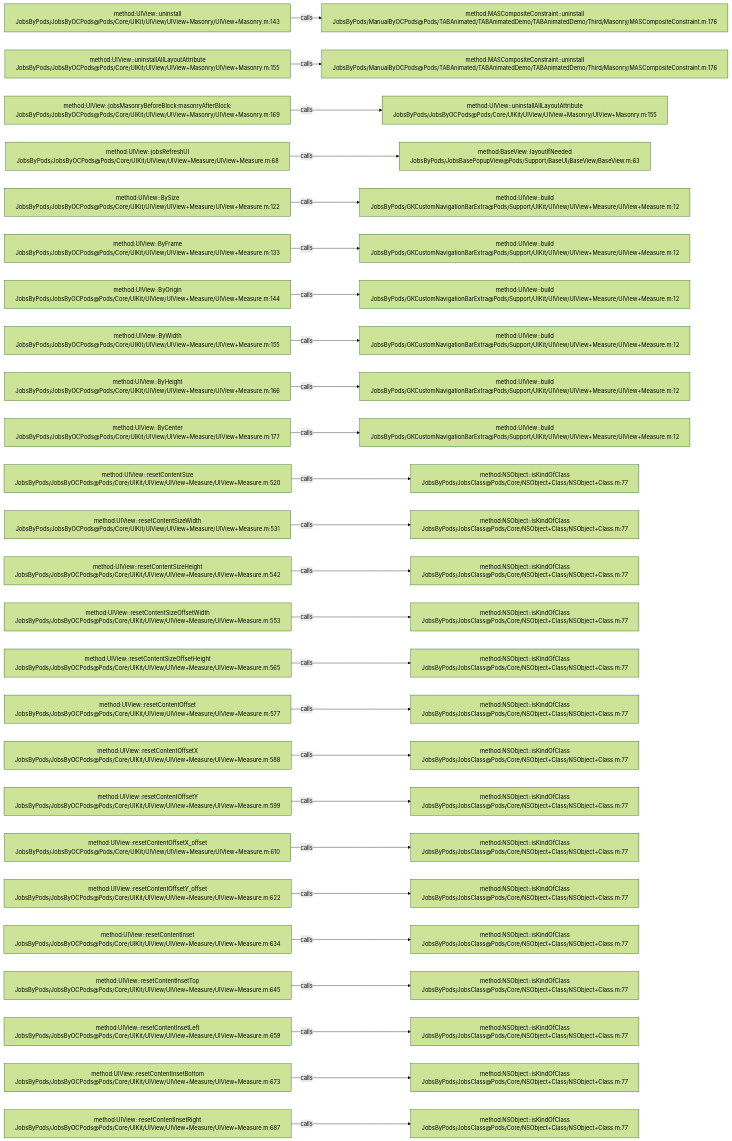
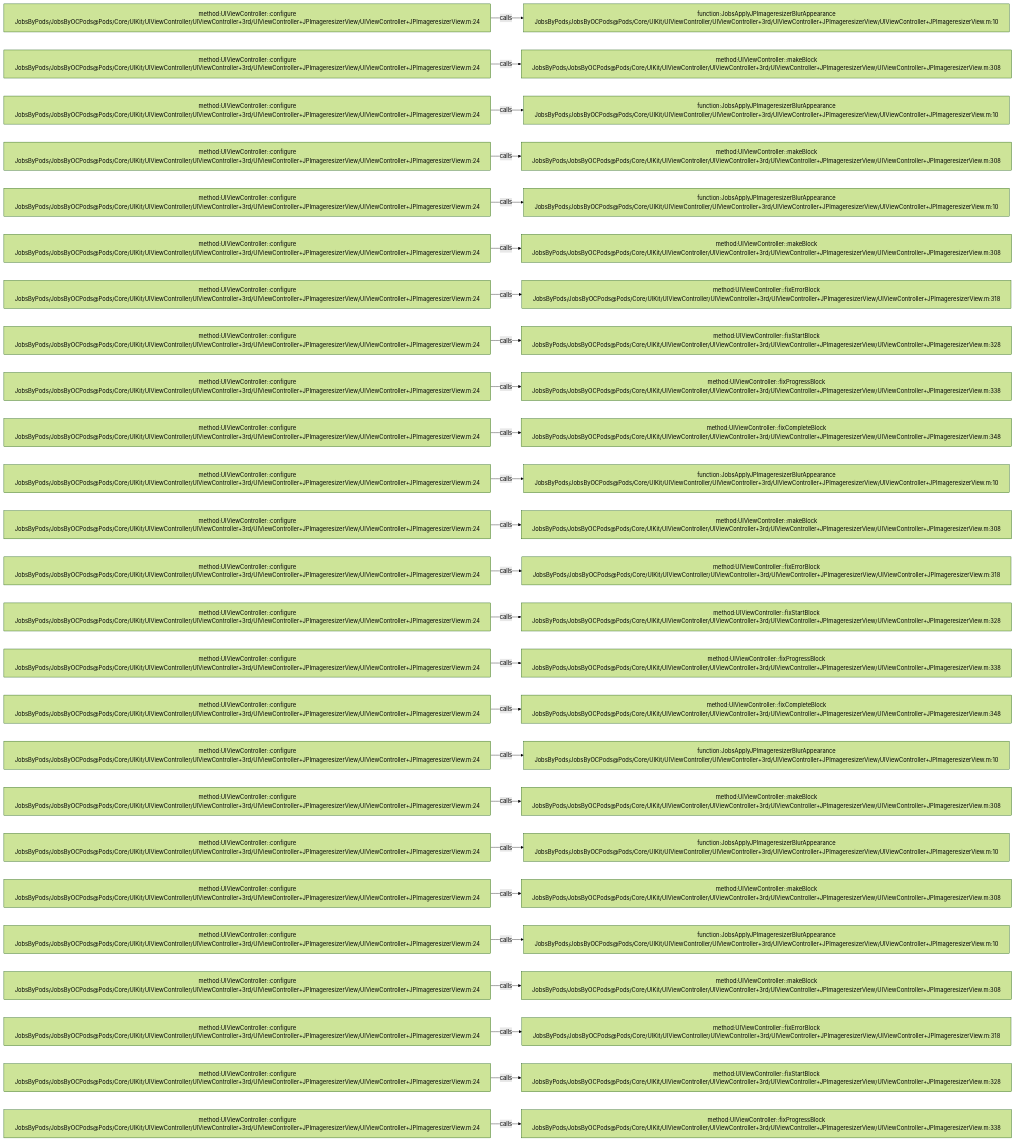
One commit to JobsKits/JobsOCBaseConfigDemo changed the diagram in .codegraph/codegraph.md/graphs/calls-068.md. Above: the diagram before and after it, drawn with Mermaid (forest theme). The commit also changed 639 other files, not shown here.

````diff
--- a/.codegraph/codegraph.md/graphs/calls-068.md
+++ b/.codegraph/codegraph.md/graphs/calls-068.md
@@ -13,78 +13,78 @@
 ```mermaid
 flowchart LR
-  S1["method:UIView::uninstall<br/>JobsByPods/JobsByOCPods@Pods/Core/UIKit/UIView/UIView+Masonry/UIView+Masonry.m:143"]
-  T1["method:MASCompositeConstraint::uninstall<br/>JobsByPods/ManualByOCPods@Pods/TABAnimated/TABAnimatedDemo/TABAnimatedDemo/Third/Masonry/MASCompositeConstraint.m:176"]
+  S1["method:UIViewController::configure<br/>JobsByPods/JobsByOCPods@Pods/Core/UIKit/UIViewController/UIViewController+3rd/UIViewController+JPImageresizerView/UIViewController+JPImageresizerView.m:24"]
+  T1["function:JobsApplyJPImageresizerBlurAppearance<br/>JobsByPods/JobsByOCPods@Pods/Core/UIKit/UIViewController/UIViewController+3rd/UIViewController+JPImageresizerView/UIViewController+JPImageresizerView.m:10"]
   S1 -->|calls| T1
-  S2["method:UIView::uninstallAllLayoutAttribute<br/>JobsByPods/JobsByOCPods@Pods/Core/UIKit/UIView/UIView+Masonry/UIView+Masonry.m:155"]
-  T2["method:MASCompositeConstraint::uninstall<br/>JobsByPods/ManualByOCPods@Pods/TABAnimated/TABAnimatedDemo/TABAnimatedDemo/Third/Masonry/MASCompositeConstraint.m:176"]
+  S2["method:UIViewController::configure<br/>JobsByPods/JobsByOCPods@Pods/Core/UIKit/UIViewController/UIViewController+3rd/UIViewController+JPImageresizerView/UIViewController+JPImageresizerView.m:24"]
+  T2["method:UIViewController::makeBlock<br/>JobsByPods/JobsByOCPods@Pods/Core/UIKit/UIViewController/UIViewController+3rd/UIViewController+JPImageresizerView/UIViewController+JPImageresizerView.m:308"]
   S2 -->|calls| T2
-  S3["method:UIView::jobsMasonryBeforeBlock:masonryAfterBlock:<br/>JobsByPods/JobsByOCPods@Pods/Core/UIKit/UIView/UIView+Masonry/UIView+Masonry.m:169"]
-  T3["method:UIView::uninstallAllLayoutAttribute<br/>JobsByPods/JobsByOCPods@Pods/Core/UIKit/UIView/UIView+Masonry/UIView+Masonry.m:155"]
+  S3["method:UIViewController::configure<br/>JobsByPods/JobsByOCPods@Pods/Core/UIKit/UIViewController/UIViewController+3rd/UIViewController+JPImageresizerView/UIViewController+JPImageresizerView.m:24"]
+  T3["function:JobsApplyJPImageresizerBlurAppearance<br/>JobsByPods/JobsByOCPods@Pods/Core/UIKit/UIViewController/UIViewController+3rd/UIViewController+JPImageresizerView/UIViewController+JPImageresizerView.m:10"]
   S3 -->|calls| T3
-  S4["method:UIView::jobsRefreshUI<br/>JobsByPods/JobsByOCPods@Pods/Core/UIKit/UIView/UIView+Measure/UIView+Measure.m:68"]
-  T4["method:BaseView::layoutIfNeeded<br/>JobsByPods/JobsBasePopupView@Pods/Support/BaseUI/BaseView/BaseView.m:63"]
+  S4["method:UIViewController::configure<br/>JobsByPods/JobsByOCPods@Pods/Core/UIKit/UIViewController/UIViewController+3rd/UIViewController+JPImageresizerView/UIViewController+JPImageresizerView.m:24"]
+  T4["method:UIViewController::makeBlock<br/>JobsByPods/JobsByOCPods@Pods/Core/UIKit/UIViewController/UIViewController+3rd/UIViewController+JPImageresizerView/UIViewController+JPImageresizerView.m:308"]
   S4 -->|calls| T4
-  S5["method:UIView::BySize<br/>JobsByPods/JobsByOCPods@Pods/Core/UIKit/UIView/UIView+Measure/UIView+Measure.m:122"]
-  T5["method:UIView::build<br/>JobsByPods/GKCustomNavigationBarExtra@Pods/Support/UIKit/UIView/UIView+Measure/UIView+Measure.m:12"]
+  S5["method:UIViewController::configure<br/>JobsByPods/JobsByOCPods@Pods/Core/UIKit/UIViewController/UIViewController+3rd/UIViewController+JPImageresizerView/UIViewController+JPImageresizerView.m:24"]
+  T5["function:JobsApplyJPImageresizerBlurAppearance<br/>JobsByPods/JobsByOCPods@Pods/Core/UIKit/UIViewController/UIViewController+3rd/UIViewController+JPImageresizerView/UIViewController+JPImageresizerView.m:10"]
   S5 -->|calls| T5
-  S6["method:UIView::ByFrame<br/>JobsByPods/JobsByOCPods@Pods/Core/UIKit/UIView/UIView+Measure/UIView+Measure.m:133"]
-  T6["method:UIView::build<br/>JobsByPods/GKCustomNavigationBarExtra@Pods/Support/UIKit/UIView/UIView+Measure/UIView+Measure.m:12"]
+  S6["method:UIViewController::configure<br/>JobsByPods/JobsByOCPods@Pods/Core/UIKit/UIViewController/UIViewController+3rd/UIViewController+JPImageresizerView/UIViewController+JPImageresizerView.m:24"]
+  T6["method:UIViewController::makeBlock<br/>JobsByPods/JobsByOCPods@Pods/Core/UIKit/UIViewController/UIViewController+3rd/UIViewController+JPImageresizerView/UIViewController+JPImageresizerView.m:308"]
   S6 -->|calls| T6
-  S7["method:UIView::ByOrigin<br/>JobsByPods/JobsByOCPods@Pods/Core/UIKit/UIView/UIView+Measure/UIView+Measure.m:144"]
-  T7["method:UIView::build<br/>JobsByPods/GKCustomNavigationBarExtra@Pods/Support/UIKit/UIView/UIView+Measure/UIView+Measure.m:12"]
+  S7["method:UIViewController::configure<br/>JobsByPods/JobsByOCPods@Pods/Core/UIKit/UIViewController/UIViewController+3rd/UIViewController+JPImageresizerView/UIViewController+JPImageresizerView.m:24"]
+  T7["method:UIViewController::fixErrorBlock<br/>JobsByPods/JobsByOCPods@Pods/Core/UIKit/UIViewController/UIViewController+3rd/UIViewController+JPImageresizerView/UIViewController+JPImageresizerView.m:318"]
   S7 -->|calls| T7
-  S8["method:UIView::ByWidth<br/>JobsByPods/JobsByOCPods@Pods/Core/UIKit/UIView/UIView+Measure/UIView+Measure.m:155"]
-  T8["method:UIView::build<br/>JobsByPods/GKCustomNavigationBarExtra@Pods/Support/UIKit/UIView/UIView+Measure/UIView+Measure.m:12"]
+  S8["method:UIViewController::configure<br/>JobsByPods/JobsByOCPods@Pods/Core/UIKit/UIViewController/UIViewController+3rd/UIViewController+JPImageresizerView/UIViewController+JPImageresizerView.m:24"]
+  T8["method:UIViewController::fixStartBlock<br/>JobsByPods/JobsByOCPods@Pods/Core/UIKit/UIViewController/UIViewController+3rd/UIViewController+JPImageresizerView/UIViewController+JPImageresizerView.m:328"]
   S8 -->|calls| T8
-  S9["method:UIView::ByHeight<br/>JobsByPods/JobsByOCPods@Pods/Core/UIKit/UIView/UIView+Measure/UIView+Measure.m:166"]
-  T9["method:UIView::build<br/>JobsByPods/GKCustomNavigationBarExtra@Pods/Support/UIKit/UIView/UIView+Measure/UIView+Measure.m:12"]
+  S9["method:UIViewController::configure<br/>JobsByPods/JobsByOCPods@Pods/Core/UIKit/UIViewController/UIViewController+3rd/UIViewController+JPImageresizerView/UIViewController+JPImageresizerView.m:24"]
+  T9["method:UIViewController::fixProgressBlock<br/>JobsByPods/JobsByOCPods@Pods/Core/UIKit/UIViewController/UIViewController+3rd/UIViewController+JPImageresizerView/UIViewController+JPImageresizerView.m:338"]
   S9 -->|calls| T9
-  S10["method:UIView::ByCenter<br/>JobsByPods/JobsByOCPods@Pods/Core/UIKit/UIView/UIView+Measure/UIView+Measure.m:177"]
-  T10["method:UIView::build<br/>JobsByPods/GKCustomNavigationBarExtra@Pods/Support/UIKit/UIView/UIView+Measure/UIView+Measure.m:12"]
+  S10["method:UIViewController::configure<br/>JobsByPods/JobsByOCPods@Pods/Core/UIKit/UIViewController/UIViewController+3rd/UIViewController+JPImageresizerView/UIViewController+JPImageresizerView.m:24"]
+  T10["method:UIViewController::fixCompleteBlock<br/>JobsByPods/JobsByOCPods@Pods/Core/UIKit/UIViewController/UIViewController+3rd/UIViewController+JPImageresizerView/UIViewController+JPImageresizerView.m:348"]
   S10 -->|calls| T10
-  S11["method:UIView::resetContentSize<br/>JobsByPods/JobsByOCPods@Pods/Core/UIKit/UIView/UIView+Measure/UIView+Measure.m:520"]
-  T11["method:NSObject::isKindOfClass<br/>JobsByPods/JobsClass@Pods/Core/NSObject+Class/NSObject+Class.m:77"]
+  S11["method:UIViewController::configure<br/>JobsByPods/JobsByOCPods@Pods/Core/UIKit/UIViewController/UIViewController+3rd/UIViewController+JPImageresizerView/UIViewController+JPImageresizerView.m:24"]
+  T11["function:JobsApplyJPImageresizerBlurAppearance<br/>JobsByPods/JobsByOCPods@Pods/Core/UIKit/UIViewController/UIViewController+3rd/UIViewController+JPImageresizerView/UIViewController+JPImageresizerView.m:10"]
   S11 -->|calls| T11
-  S12["method:UIView::resetContentSizeWidth<br/>JobsByPods/JobsByOCPods@Pods/Core/UIKit/UIView/UIView+Measure/UIView+Measure.m:531"]
-  T12["method:NSObject::isKindOfClass<br/>JobsByPods/JobsClass@Pods/Core/NSObject+Class/NSObject+Class.m:77"]
+  S12["method:UIViewController::configure<br/>JobsByPods/JobsByOCPods@Pods/Core/UIKit/UIViewController/UIViewController+3rd/UIViewController+JPImageresizerView/UIViewController+JPImageresizerView.m:24"]
+  T12["method:UIViewController::makeBlock<br/>JobsByPods/JobsByOCPods@Pods/Core/UIKit/UIViewController/UIViewController+3rd/UIViewController+JPImageresizerView/UIViewController+JPImageresizerView.m:308"]
   S12 -->|calls| T12
-  S13["method:UIView::resetContentSizeHeight<br/>JobsByPods/JobsByOCPods@Pods/Core/UIKit/UIView/UIView+Measure/UIView+Measure.m:542"]
-  T13["method:NSObject::isKindOfClass<br/>JobsByPods/JobsClass@Pods/Core/NSObject+Class/NSObject+Class.m:77"]
+  S13["method:UIViewController::configure<br/>JobsByPods/JobsByOCPods@Pods/Core/UIKit/UIViewController/UIViewController+3rd/UIViewController+JPImageresizerView/UIViewController+JPImageresizerView.m:24"]
+  T13["method:UIViewController::fixErrorBlock<br/>JobsByPods/JobsByOCPods@Pods/Core/UIKit/UIViewController/UIViewController+3rd/UIViewController+JPImageresizerView/UIViewController+JPImageresizerView.m:318"]
   S13 -->|calls| T13
-  S14["method:UIView::resetContentSizeOffsetWidth<br/>JobsByPods/JobsByOCPods@Pods/Core/UIKit/UIView/UIView+Measure/UIView+Measure.m:553"]
-  T14["method:NSObject::isKindOfClass<br/>JobsByPods/JobsClass@Pods/Core/NSObject+Class/NSObject+Class.m:77"]
+  S14["method:UIViewController::configure<br/>JobsByPods/JobsByOCPods@Pods/Core/UIKit/UIViewController/UIViewController+3rd/UIViewController+JPImageresizerView/UIViewController+JPImageresizerView.m:24"]
+  T14["method:UIViewController::fixStartBlock<br/>JobsByPods/JobsByOCPods@Pods/Core/UIKit/UIViewController/UIViewController+3rd/UIViewController+JPImageresizerView/UIViewController+JPImageresizerView.m:328"]
   S14 -->|calls| T14
-  S15["method:UIView::resetContentSizeOffsetHeight<br/>JobsByPods/JobsByOCPods@Pods/Core/UIKit/UIView/UIView+Measure/UIView+Measure.m:565"]
-  T15["method:NSObject::isKindOfClass<br/>JobsByPods/JobsClass@Pods/Core/NSObject+Class/NSObject+Class.m:77"]
+  S15["method:UIViewController::configure<br/>JobsByPods/JobsByOCPods@Pods/Core/UIKit/UIViewController/UIViewController+3rd/UIViewController+JPImageresizerView/UIViewController+JPImageresizerView.m:24"]
+  T15["method:UIViewController::fixProgressBlock<br/>JobsByPods/JobsByOCPods@Pods/Core/UIKit/UIViewController/UIViewController+3rd/UIViewController+JPImageresizerView/UIViewController+JPImageresizerView.m:338"]
   S15 -->|calls| T15
-  S16["method:UIView::resetContentOffset<br/>JobsByPods/JobsByOCPods@Pods/Core/UIKit/UIView/UIView+Measure/UIView+Measure.m:577"]
-  T16["method:NSObject::isKindOfClass<br/>JobsByPods/JobsClass@Pods/Core/NSObject+Class/NSObject+Class.m:77"]
+  S16["method:UIViewController::configure<br/>JobsByPods/JobsByOCPods@Pods/Core/UIKit/UIViewController/UIViewController+3rd/UIViewController+JPImageresizerView/UIViewController+JPImageresizerView.m:24"]
+  T16["method:UIViewController::fixCompleteBlock<br/>JobsByPods/JobsByOCPods@Pods/Core/UIKit/UIViewController/UIViewController+3rd/UIViewController+JPImageresizerView/UIViewController+JPImageresizerView.m:348"]
   S16 -->|calls| T16
-  S17["method:UIView::resetContentOffsetX<br/>JobsByPods/JobsByOCPods@Pods/Core/UIKit/UIView/UIView+Measure/UIView+Measure.m:588"]
-  T17["method:NSObject::isKindOfClass<br/>JobsByPods/JobsClass@Pods/Core/NSObject+Class/NSObject+Class.m:77"]
+  S17["method:UIViewController::configure<br/>JobsByPods/JobsByOCPods@Pods/Core/UIKit/UIViewController/UIViewController+3rd/UIViewController+JPImageresizerView/UIViewController+JPImageresizerView.m:24"]
+  T17["function:JobsApplyJPImageresizerBlurAppearance<br/>JobsByPods/JobsByOCPods@Pods/Core/UIKit/UIViewController/UIViewController+3rd/UIViewController+JPImageresizerView/UIViewController+JPImageresizerView.m:10"]
   S17 -->|calls| T17
-  S18["method:UIView::resetContentOffsetY<br/>JobsByPods/JobsByOCPods@Pods/Core/UIKit/UIView/UIView+Measure/UIView+Measure.m:599"]
-  T18["method:NSObject::isKindOfClass<br/>JobsByPods/JobsClass@Pods/Core/NSObject+Class/NSObject+Class.m:77"]
+  S18["method:UIViewController::configure<br/>JobsByPods/JobsByOCPods@Pods/Core/UIKit/UIViewController/UIViewController+3rd/UIViewController+JPImageresizerView/UIViewController+JPImageresizerView.m:24"]
+  T18["method:UIViewController::makeBlock<br/>JobsByPods/JobsByOCPods@Pods/Core/UIKit/UIViewController/UIViewController+3rd/UIViewController+JPImageresizerView/UIViewController+JPImageresizerView.m:308"]
   S18 -->|calls| T18
-  S19["method:UIView::resetContentOffsetX_offset<br/>JobsByPods/JobsByOCPods@Pods/Core/UIKit/UIView/UIView+Measure/UIView+Measure.m:610"]
-  T19["method:NSObject::isKindOfClass<br/>JobsByPods/JobsClass@Pods/Core/NSObject+Class/NSObject+Class.m:77"]
+  S19["method:UIViewController::configure<br/>JobsByPods/JobsByOCPods@Pods/Core/UIKit/UIViewController/UIViewController+3rd/UIViewController+JPImageresizerView/UIViewController+JPImageresizerView.m:24"]
+  T19["function:JobsApplyJPImageresizerBlurAppearance<br/>JobsByPods/JobsByOCPods@Pods/Core/UIKit/UIViewController/UIViewController+3rd/UIViewController+JPImageresizerView/UIViewController+JPImageresizerView.m:10"]
   S19 -->|calls| T19
-  S20["method:UIView::resetContentOffsetY_offset<br/>JobsByPods/JobsByOCPods@Pods/Core/UIKit/UIView/UIView+Measure/UIView+Measure.m:622"]
-  T20["method:NSObject::isKindOfClass<br/>JobsByPods/JobsClass@Pods/Core/NSObject+Class/NSObject+Class.m:77"]
+  S20["method:UIViewController::configure<br/>JobsByPods/JobsByOCPods@Pods/Core/UIKit/UIViewController/UIViewController+3rd/UIViewController+JPImageresizerView/UIViewController+JPImageresizerView.m:24"]
+  T20["method:UIViewController::makeBlock<br/>JobsByPods/JobsByOCPods@Pods/Core/UIKit/UIViewController/UIViewController+3rd/UIViewController+JPImageresizerView/UIViewController+JPImageresizerView.m:308"]
   S20 -->|calls| T20
-  S21["method:UIView::resetContentInset<br/>JobsByPods/JobsByOCPods@Pods/Core/UIKit/UIView/UIView+Measure/UIView+Measure.m:634"]
-  T21["method:NSObject::isKindOfClass<br/>JobsByPods/JobsClass@Pods/Core/NSObject+Class/NSObject+Class.m:77"]
+  S21["method:UIViewController::configure<br/>JobsByPods/JobsByOCPods@Pods/Core/UIKit/UIViewController/UIViewController+3rd/UIViewController+JPImageresizerView/UIViewController+JPImageresizerView.m:24"]
+  T21["function:JobsApplyJPImageresizerBlurAppearance<br/>JobsByPods/JobsByOCPods@Pods/Core/UIKit/UIViewController/UIViewController+3rd/UIViewController+JPImageresizerView/UIViewController+JPImageresizerView.m:10"]
   S21 -->|calls| T21
-  S22["method:UIView::resetContentInsetTop<br/>JobsByPods/JobsByOCPods@Pods/Core/UIKit/UIView/UIView+Measure/UIView+Measure.m:645"]
-  T22["method:NSObject::isKindOfClass<br/>JobsByPods/JobsClass@Pods/Core/NSObject+Class/NSObject+Class.m:77"]
+  S22["method:UIViewController::configure<br/>JobsByPods/JobsByOCPods@Pods/Core/UIKit/UIViewController/UIViewController+3rd/UIViewController+JPImageresizerView/UIViewController+JPImageresizerView.m:24"]
+  T22["method:UIViewController::makeBlock<br/>JobsByPods/JobsByOCPods@Pods/Core/UIKit/UIViewController/UIViewController+3rd/UIViewController+JPImageresizerView/UIViewController+JPImageresizerView.m:308"]
   S22 -->|calls| T22
-  S23["method:UIView::resetContentInsetLeft<br/>JobsByPods/JobsByOCPods@Pods/Core/UIKit/UIView/UIView+Measure/UIView+Measure.m:659"]
-  T23["method:NSObject::isKindOfClass<br/>JobsByPods/JobsClass@Pods/Core/NSObject+Class/NSObject+Class.m:77"]
+  S23["method:UIViewController::configure<br/>JobsByPods/JobsByOCPods@Pods/Core/UIKit/UIViewController/UIViewController+3rd/UIViewController+JPImageresizerView/UIViewController+JPImageresizerView.m:24"]
+  T23["method:UIViewController::fixErrorBlock<br/>JobsByPods/JobsByOCPods@Pods/Core/UIKit/UIViewController/UIViewController+3rd/UIViewController+JPImageresizerView/UIViewController+JPImageresizerView.m:318"]
   S23 -->|calls| T23
-  S24["method:UIView::resetContentInsetBottom<br/>JobsByPods/JobsByOCPods@Pods/Core/UIKit/UIView/UIView+Measure/UIView+Measure.m:673"]
-  T24["method:NSObject::isKindOfClass<br/>JobsByPods/JobsClass@Pods/Core/NSObject+Class/NSObject+Class.m:77"]
+  S24["method:UIViewController::configure<br/>JobsByPods/JobsByOCPods@Pods/Core/UIKit/UIViewController/UIViewController+3rd/UIViewController+JPImageresizerView/UIViewController+JPImageresizerView.m:24"]
+  T24["method:UIViewController::fixStartBlock<br/>JobsByPods/JobsByOCPods@Pods/Core/UIKit/UIViewController/UIViewController+3rd/UIViewController+JPImageresizerView/UIViewController+JPImageresizerView.m:328"]
   S24 -->|calls| T24
-  S25["method:UIView::resetContentInsetRight<br/>JobsByPods/JobsByOCPods@Pods/Core/UIKit/UIView/UIView+Measure/UIView+Measure.m:687"]
-  T25["method:NSObject::isKindOfClass<br/>JobsByPods/JobsClass@Pods/Core/NSObject+Class/NSObject+Class.m:77"]
+  S25["method:UIViewController::configure<br/>JobsByPods/JobsByOCPods@Pods/Core/UIKit/UIViewController/UIViewController+3rd/UIViewController+JPImageresizerView/UIViewController+JPImageresizerView.m:24"]
+  T25["method:UIViewController::fixProgressBlock<br/>JobsByPods/JobsByOCPods@Pods/Core/UIKit/UIViewController/UIViewController+3rd/UIViewController+JPImageresizerView/UIViewController+JPImageresizerView.m:338"]
   S25 -->|calls| T25
 ```
````
